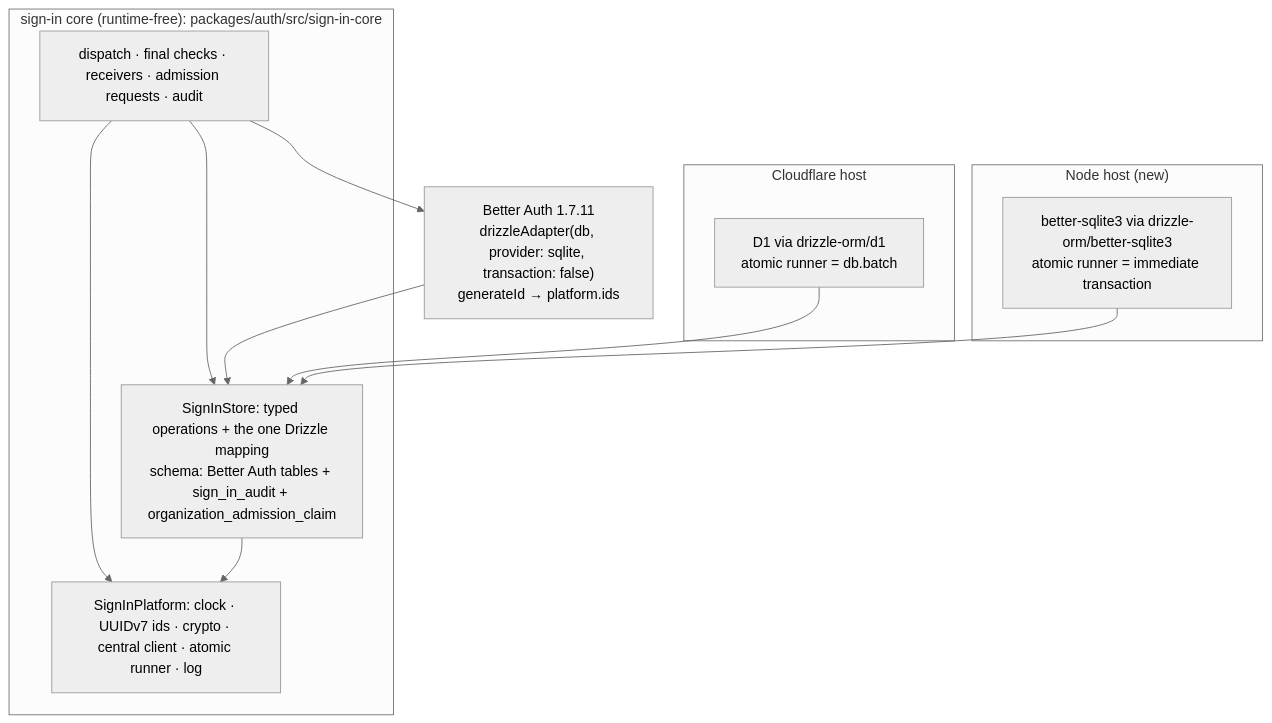
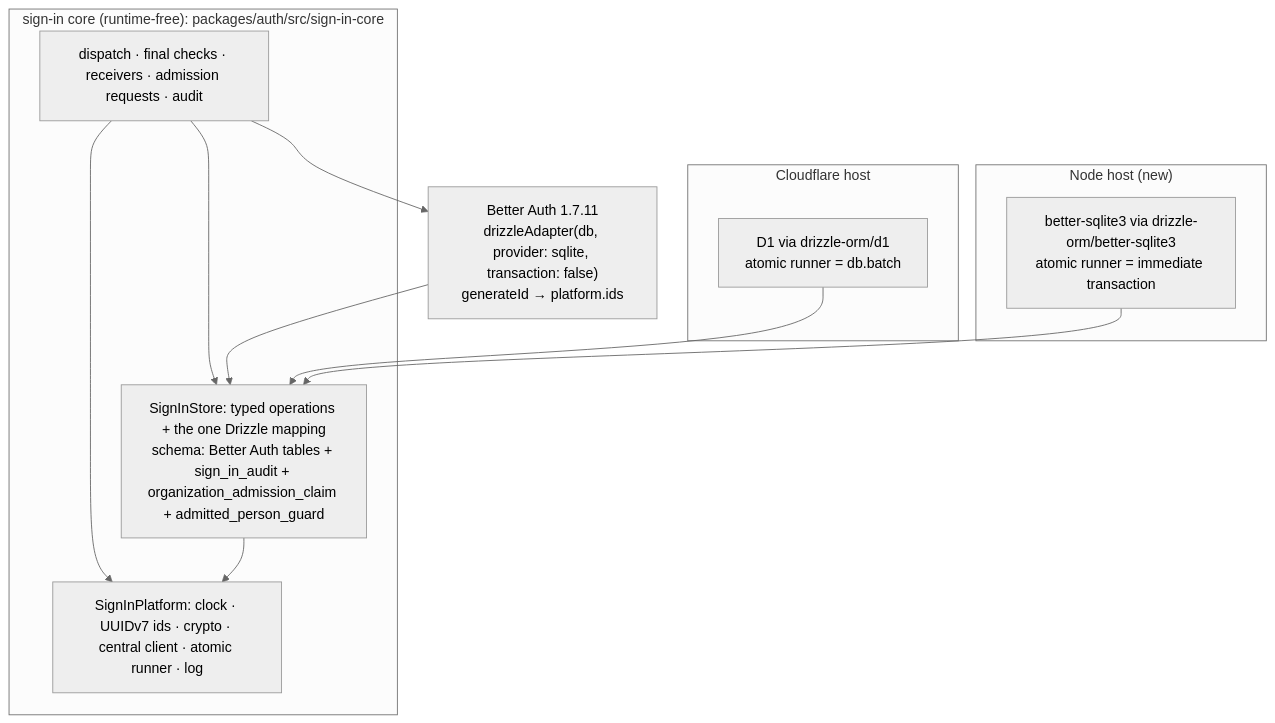
Before and after one commit to ShravanSunder/agent-vm: the eighth of 8 diagrams in docs/specs/2026-10-24-agent-identity/program-design.md, drawn with Mermaid (neutral theme). The commit also changed other lines of this file and 6 other files, not shown here.

Commit message:
Apply review lead F2-F9: typed sign-in contracts, JC1 repair-forward with settlement and proof cohort, DONE barrier, people proof on the identity model, U14 views; OBS-02 checkedAt

````diff
--- a/docs/specs/2026-10-24-agent-identity/program-design.md
+++ b/docs/specs/2026-10-24-agent-identity/program-design.md
@@ -806,22 +806,22 @@
 ```mermaid
 flowchart TB
   subgraph CORE["sign-in core (runtime-free): packages/auth/src/sign-in-core"]
     RULES["dispatch · final checks · receivers · admission requests · audit"]
-    STORE["SignInStore: typed operations + the one Drizzle mapping<br/>schema: Better Auth tables + sign_in_audit + organization_admission_claim"]
+    STORE["SignInStore: typed operations + the one Drizzle mapping<br/>schema: Better Auth tables + sign_in_audit + organization_admission_claim + admitted_person_guard"]
     CAPS["SignInPlatform: clock · UUIDv7 ids · crypto · central client · atomic runner · log"]
     RULES --> STORE
     RULES --> CAPS
     STORE --> CAPS
   end
   BA["Better Auth 1.7.11<br/>drizzleAdapter(db, provider: sqlite, transaction: false)<br/>generateId → platform.ids"]
   RULES --> BA
   BA --> STORE
   subgraph CFH["Cloudflare host"]
     D1["D1 via drizzle-orm/d1<br/>atomic runner = db.batch"]
   end
   subgraph NH["Node host (new)"]
     SQ["better-sqlite3 via drizzle-orm/better-sqlite3<br/>atomic runner = immediate transaction"]
   end
   D1 --> STORE
   SQ --> STORE
 ```
````
